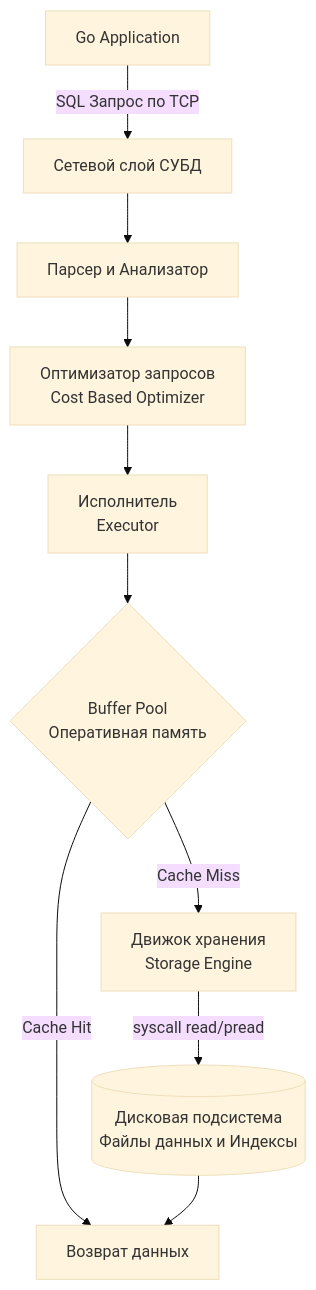
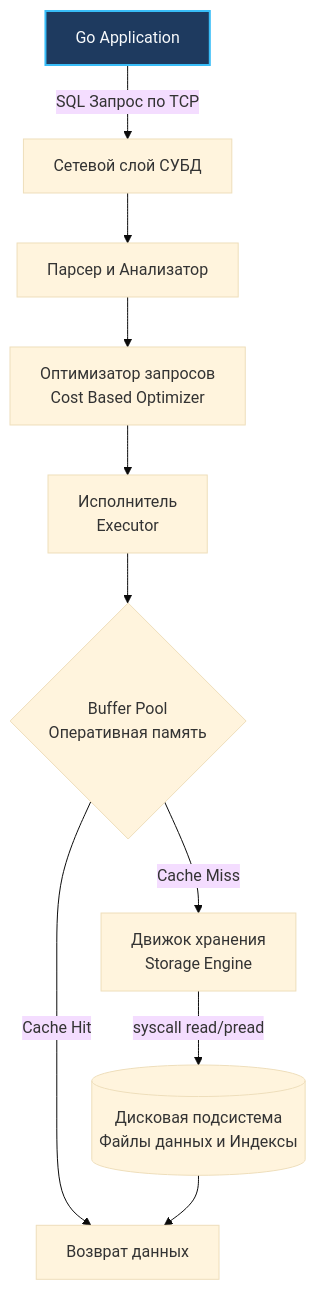
One commit to UnrealTemplier/go-textbook changed the diagram in sources/12. Базы данных/01. Введение и фундамент/1. Обзор раздела. Как мыслить о базах данных.md. Above: the diagram before and after it, drawn with Mermaid (base theme). The commit also changed 1666 other files, not shown here.

First line of the commit message:
feat(mermaid): add semantic color classDef to 1369 colorless flowchart/graph diagrams

````diff
--- a/sources/12. Базы данных/01. Введение и фундамент/1. Обзор раздела. Как мыслить о базах данных.md
+++ b/sources/12. Базы данных/01. Введение и фундамент/1. Обзор раздела. Как мыслить о базах данных.md
@@ -42,14 +42,24 @@
 ```mermaid
 flowchart TD
-    App["Go Application"] -->|"SQL Запрос по TCP"| DB_Net["Сетевой слой СУБД"]
+    classDef process  fill:#1e293b,stroke:#38bdf8,stroke-width:1px,color:#f8fafc
+    classDef success  fill:#064e3b,stroke:#34d399,stroke-width:1px,color:#f8fafc
+    classDef error    fill:#7f1d1d,stroke:#f87171,stroke-width:1px,color:#f8fafc
+    classDef warning  fill:#78350f,stroke:#fbbf24,stroke-width:1px,color:#f8fafc
+    classDef entry    fill:#1e3a5f,stroke:#38bdf8,stroke-width:2px,color:#f8fafc
+    classDef aux      fill:#334155,stroke:#64748b,stroke-width:1px,color:#f8fafc
+    classDef system   fill:#312e81,stroke:#a78bfa,stroke-width:1px,color:#f8fafc
+    classDef data     fill:#132d29,stroke:#2dd4bf,stroke-width:1px,color:#f8fafc
+    classDef network  fill:#881337,stroke:#fb7185,stroke-width:1px,color:#f8fafc
+    classDef accent   fill:#1e1b4b,stroke:#818cf8,stroke-width:1px,color:#f8fafc
+    App["Go Application"]:::entry -->|"SQL Запрос по TCP"| DB_Net["Сетевой слой СУБД"]
     DB_Net --> Parser["Парсер и Анализатор"]
     Parser --> Optimizer["Оптимизатор запросов<br>Cost Based Optimizer"]
     Optimizer --> Executor["Исполнитель<br>Executor"]
     
     Executor --> BufferPool{"Buffer Pool<br>Оперативная память"}
     BufferPool -->|"Cache Hit"| Return["Возврат данных"]
     BufferPool -->|"Cache Miss"| Storage["Движок хранения<br>Storage Engine"]
     
     Storage -->|"syscall read/pread"| Disk[("Дисковая подсистема<br>Файлы данных и Индексы")]
     Disk --> Return
 ```
````
